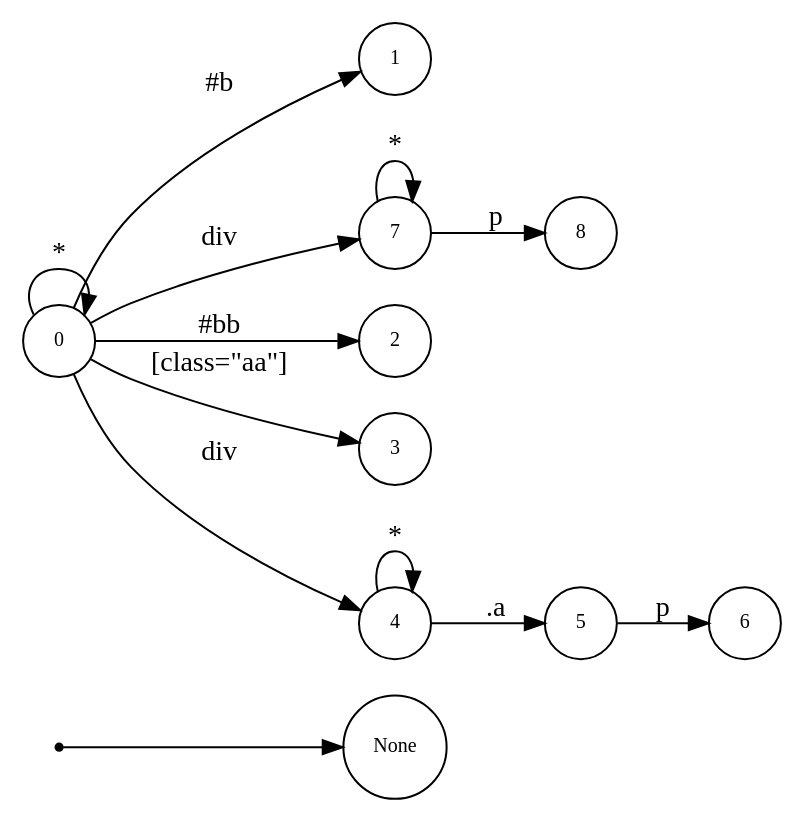
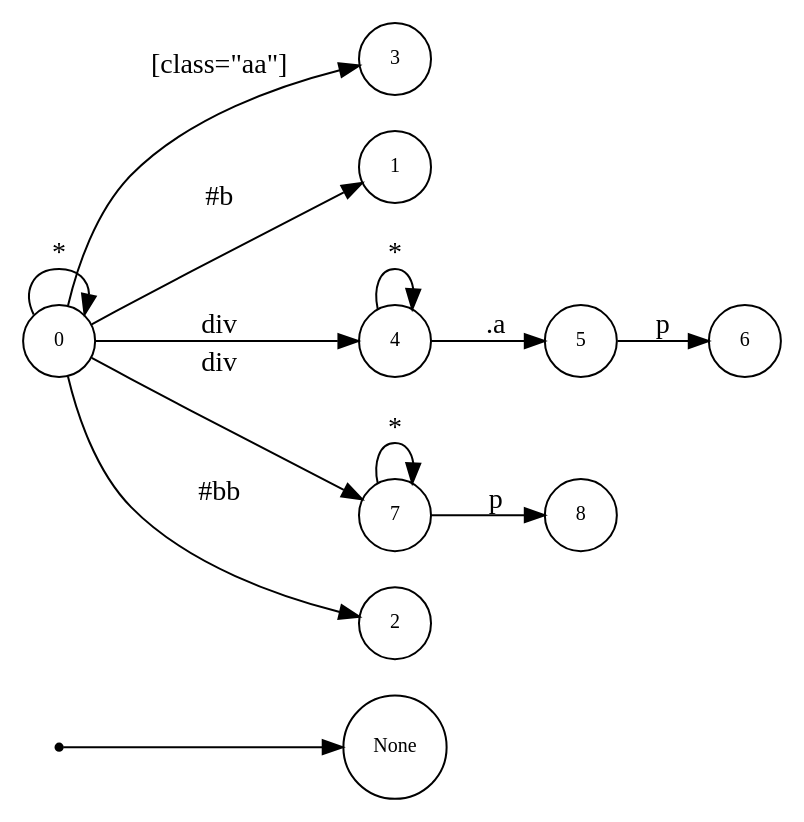
The diagram in css-gen-op/testcase/dot_tri.dot (asukaminato0721/css-bitvector-compiler), drawn with Graphviz before and after one commit. The commit also changed other lines of this file and 9 other files, not shown here.

```diff
--- a/css-gen-op/testcase/dot_tri.dot
+++ b/css-gen-op/testcase/dot_tri.dot
@@ -1,27 +1,27 @@
 digraph NFA {
   rankdir=LR;
   node [shape=circle, fontsize=10];
   __start [shape=point, label=""];
   __start -> None;
+  0 [label="0"];
+  8 [label="8"];
+  3 [label="3"];
   5 [label="5"];
+  6 [label="6"];
   1 [label="1"];
-  6 [label="6"];
+  4 [label="4"];
   7 [label="7"];
   2 [label="2"];
-  3 [label="3"];
-  4 [label="4"];
-  0 [label="0"];
-  8 [label="8"];
   { node [shape=doublecircle]; 1 2 3 6 8 }
   0 -> 0 [label="*"];
   0 -> 1 [label="#b"];
   0 -> 2 [label="#bb"];
   0 -> 3 [label="[class=\"aa\"]"];
   0 -> 4 [label="div"];
   4 -> 4 [label="*"];
   4 -> 5 [label=".a"];
   5 -> 6 [label="p"];
   0 -> 7 [label="div"];
   7 -> 7 [label="*"];
   7 -> 8 [label="p"];
 }
```
